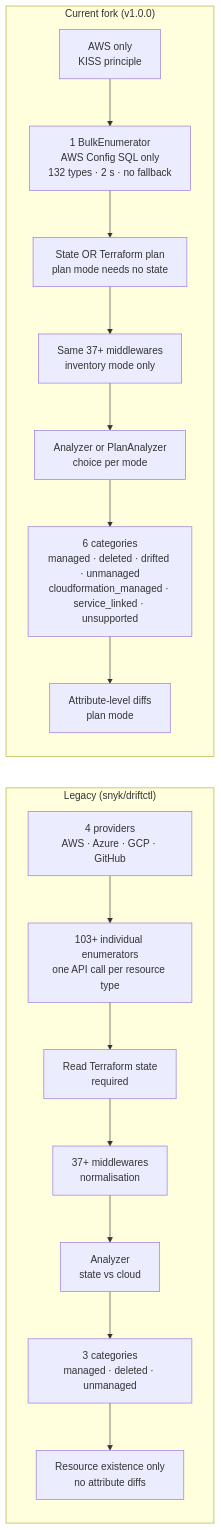
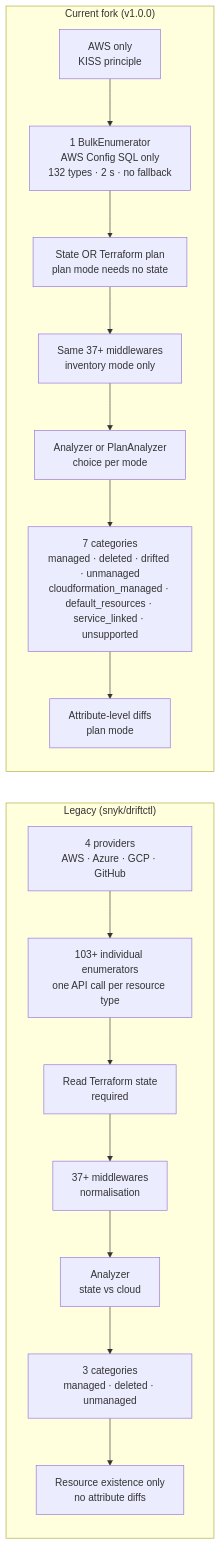
Diagram 12 of 12 in docs/code-logic-diagram.md (AgentWong/driftctl), drawn with Mermaid before and after one commit. The commit also changed other lines of this file and 7 other files, not shown here.

````diff
--- a/docs/code-logic-diagram.md
+++ b/docs/code-logic-diagram.md
@@ -246,26 +250,26 @@
 ```mermaid
 flowchart LR
     subgraph Legacy["Legacy (snyk/driftctl)"]
         direction TB
         L1[4 providers<br>AWS · Azure · GCP · GitHub]
         L2[103+ individual enumerators<br>one API call per resource type]
         L3[Read Terraform state<br>required]
         L4[37+ middlewares<br>normalisation]
         L5[Analyzer<br>state vs cloud]
         L6[3 categories<br>managed · deleted · unmanaged]
         L7[Resource existence only<br>no attribute diffs]
         L1 --> L2 --> L3 --> L4 --> L5 --> L6 --> L7
     end
 
     subgraph Current["Current fork (v1.0.0)"]
         direction TB
         C1[AWS only<br>KISS principle]
         C2[1 BulkEnumerator<br>AWS Config SQL only<br>132 types · 2 s · no fallback]
         C3[State OR Terraform plan<br>plan mode needs no state]
         C4[Same 37+ middlewares<br>inventory mode only]
         C5[Analyzer or PlanAnalyzer<br>choice per mode]
-        C6[6 categories<br>managed · deleted · drifted · unmanaged<br>cloudformation_managed · service_linked · unsupported]
+        C6[7 categories<br>managed · deleted · drifted · unmanaged<br>cloudformation_managed · default_resources · service_linked · unsupported]
         C7[Attribute-level diffs<br>plan mode]
         C1 --> C2 --> C3 --> C4 --> C5 --> C6 --> C7
     end
 ```
````
